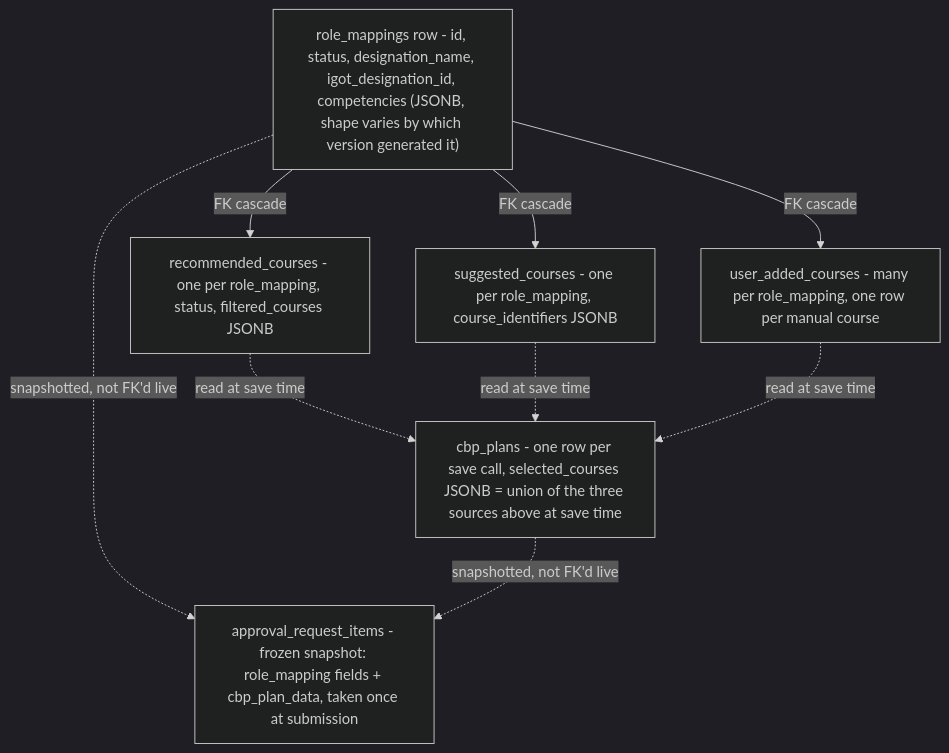
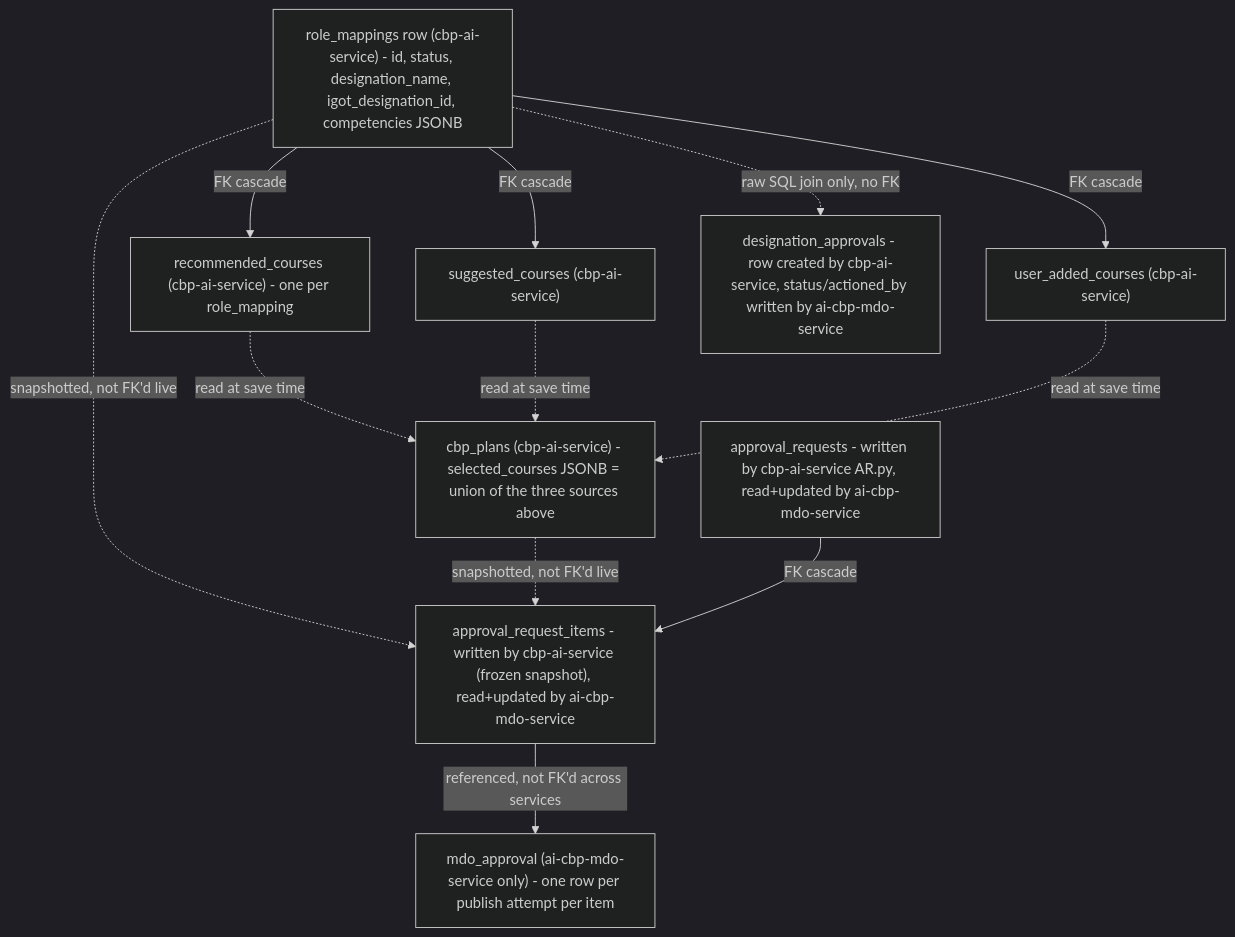
One commit to KB-iGOT/igot-docs changed the first of 12 diagrams in docs/learning-hub/ai-cbp-tool/lld.md. Above: the diagram before and after it, drawn with Mermaid (dark theme). The commit also changed other lines of this file and 8 other files, not shown here.

````diff
--- a/docs/learning-hub/ai-cbp-tool/lld.md
+++ b/docs/learning-hub/ai-cbp-tool/lld.md
@@ -56,18 +73,24 @@
 ```mermaid
 flowchart TB
-    RM["role_mappings row - id, status, designation_name, igot_designation_id, competencies (JSONB, shape varies by which version generated it)"]
-    RC["recommended_courses - one per role_mapping, status, filtered_courses JSONB"]
-    SC["suggested_courses - one per role_mapping, course_identifiers JSONB"]
-    UAC["user_added_courses - many per role_mapping, one row per manual course"]
-    CBP["cbp_plans - one row per save call, selected_courses JSONB = union of the three sources above at save time"]
-    ARI["approval_request_items - frozen snapshot: role_mapping fields + cbp_plan_data, taken once at submission"]
+    RM["role_mappings row (cbp-ai-service) - id, status, designation_name, igot_designation_id, competencies JSONB"]
+    RC["recommended_courses (cbp-ai-service) - one per role_mapping"]
+    SC["suggested_courses (cbp-ai-service)"]
+    UAC["user_added_courses (cbp-ai-service)"]
+    CBPP["cbp_plans (cbp-ai-service) - selected_courses JSONB = union of the three sources above"]
+    AReq["approval_requests - written by cbp-ai-service AR.py, read+updated by ai-cbp-mdo-service"]
+    ARI["approval_request_items - written by cbp-ai-service (frozen snapshot), read+updated by ai-cbp-mdo-service"]
+    MdoRow["mdo_approval (ai-cbp-mdo-service only) - one row per publish attempt per item"]
+    DesigApp["designation_approvals - row created by cbp-ai-service, status/actioned_by written by ai-cbp-mdo-service"]
 
     RM -->|FK cascade| RC
     RM -->|FK cascade| SC
     RM -->|FK cascade| UAC
-    RC -.->|read at save time| CBP
-    SC -.->|read at save time| CBP
-    UAC -.->|read at save time| CBP
+    RC -.->|read at save time| CBPP
+    SC -.->|read at save time| CBPP
+    UAC -.->|read at save time| CBPP
     RM -.->|snapshotted, not FK'd live| ARI
-    CBP -.->|snapshotted, not FK'd live| ARI
+    CBPP -.->|snapshotted, not FK'd live| ARI
+    AReq -->|FK cascade| ARI
+    ARI -->|referenced, not FK'd across services| MdoRow
+    RM -.->|raw SQL join only, no FK| DesigApp
 ```
````
